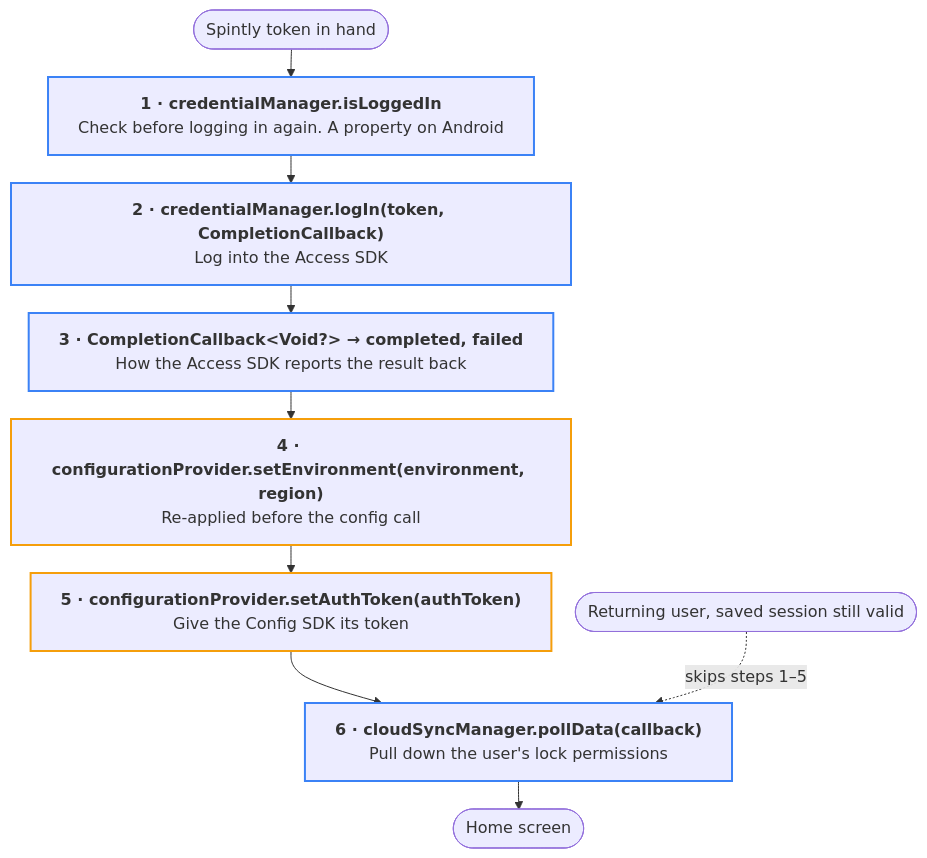
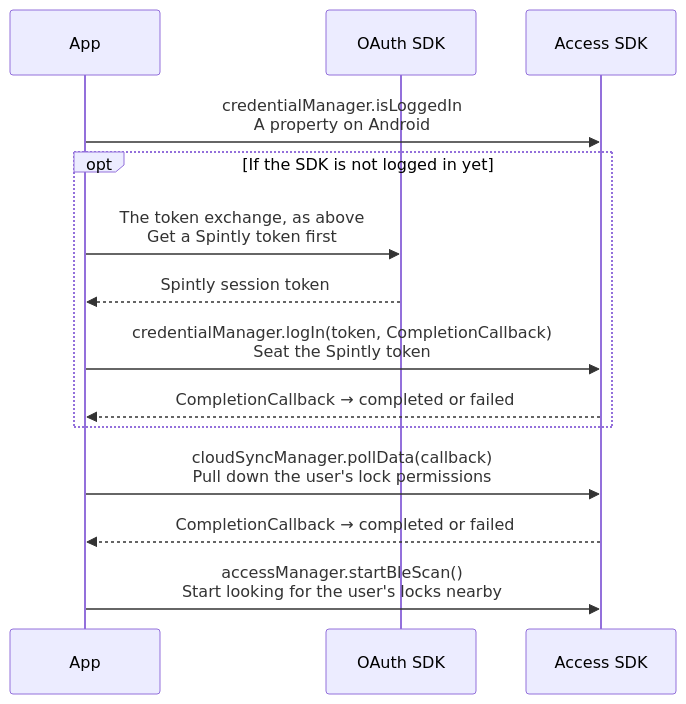
One commit to Yash-Wadatkar-Binaryveda/sdk-docs-site changed diagram 11 of 15 in docs/user-onboarding.md. Above: the diagram before and after it, drawn with Mermaid. The commit also changed other lines of this file and 7 other files, not shown here.

````diff
--- a/docs/user-onboarding.md
+++ b/docs/user-onboarding.md
@@ -208,18 +448,17 @@
     ```mermaid
-    %%{init:{"flowchart":{"wrappingWidth":500,"nodeSpacing":24,"rankSpacing":28}}}%%
-    flowchart TD
-        S(["Spintly token in hand"]) --> N1
-        N1["<b>1 · credentialManager.isLoggedIn</b><br/>Check before logging in again. A property on Android"]
-        N1 --> N2["<b>2 · credentialManager.logIn(token, CompletionCallback)</b><br/>Log into the Access SDK"]
-        N2 --> N3["<b>3 · CompletionCallback&lt;Void?&gt; → completed, failed</b><br/>How the Access SDK reports the result back"]
-        N3 --> N4["<b>4 · configurationProvider.setEnvironment(environment, region)</b><br/>Re-applied before the config call"]
-        N4 --> N5["<b>5 · configurationProvider.setAuthToken(authToken)</b><br/>Give the Config SDK its token"]
-        N5 --> N6["<b>6 · cloudSyncManager.pollData(callback)</b><br/>Pull down the user's lock permissions"]
-        N6 --> E(["Home screen"])
-        RU(["Returning user, saved session still valid"]) -.->|"skips steps 1–5"| N6
+    sequenceDiagram
+        participant A as App
+        participant O as OAuth SDK
+        participant S as Access SDK
 
-        classDef sdkAccess stroke:#3b82f6,stroke-width:2px
-        classDef sdkConfig stroke:#f59e0b,stroke-width:2px
-        class N1,N2,N3,N6 sdkAccess
-        class N4,N5 sdkConfig
+        A->>S: credentialManager.isLoggedIn<br/>A property on Android
+        opt If the SDK is not logged in yet
+            A->>O: The token exchange, as above<br/>Get a Spintly token first
+            O-->>A: Spintly session token
+            A->>S: credentialManager.logIn(token, CompletionCallback)<br/>Seat the Spintly token
+            S-->>A: CompletionCallback → completed or failed
+        end
+        A->>S: cloudSyncManager.pollData(callback)<br/>Pull down the user's lock permissions
+        S-->>A: CompletionCallback → completed or failed
+        A->>S: accessManager.startBleScan()<br/>Start looking for the user's locks nearby
     ```
````
